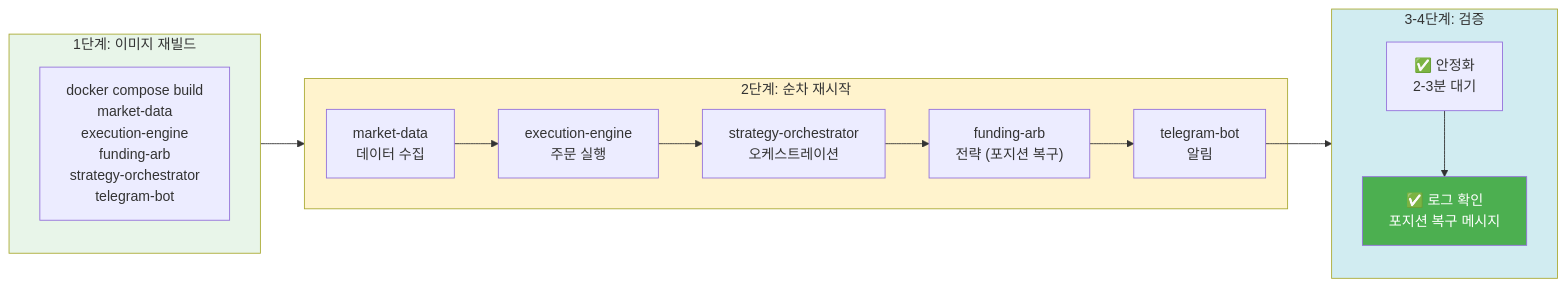
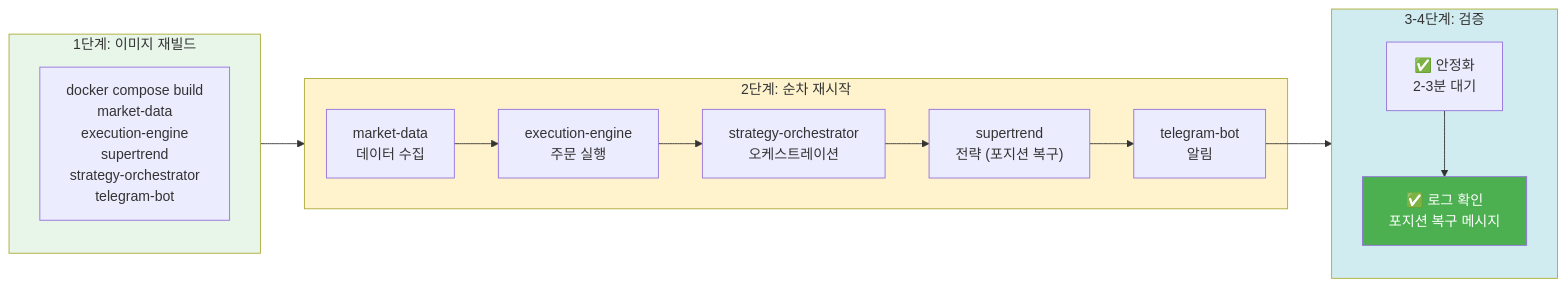
The fourth of 4 diagrams in docs/policies/deployment-position.md (Justant-source/Bit-Mania), drawn with Mermaid before and after one commit. The commit also changed other lines of this file and 34 other files, not shown here.

````diff
--- a/docs/policies/deployment-position.md
+++ b/docs/policies/deployment-position.md
@@ -224,30 +224,30 @@
 ```mermaid
 flowchart LR
     subgraph Phase1["1단계: 이미지 재빌드"]
-        B1["docker compose build<br>market-data<br>execution-engine<br>funding-arb<br>strategy-orchestrator<br>telegram-bot"]
+        B1["docker compose build<br>market-data<br>execution-engine<br>supertrend<br>strategy-orchestrator<br>telegram-bot"]
     end
     subgraph Phase2["2단계: 순차 재시작"]
         B2["market-data<br>데이터 수집"]
         B3["execution-engine<br>주문 실행"]
         B4["strategy-orchestrator<br>오케스트레이션"]
-        B5["funding-arb<br>전략 (포지션 복구)"]
+        B5["supertrend<br>전략 (포지션 복구)"]
         B6["telegram-bot<br>알림"]
     end
     subgraph Phase3["3-4단계: 검증"]
         B7["✅ 안정화<br>2-3분 대기"]
         B8["✅ 로그 확인<br>포지션 복구 메시지"]
     end
     
     Phase1 --> Phase2
     B2 --> B3
     B3 --> B4
     B4 --> B5
     B5 --> B6
     B6 --> Phase3
     B7 --> B8
     
     style Phase1 fill:#e8f5e9
     style Phase2 fill:#fff3cd
     style Phase3 fill:#d1ecf1
     style B8 fill:#4caf50,color:#fff
 ```
````
